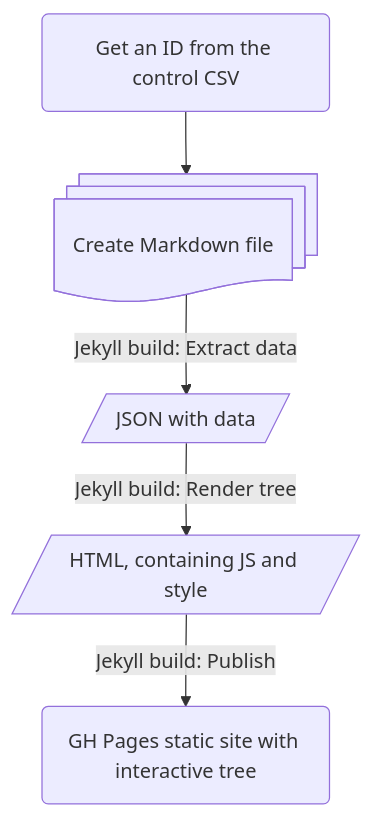
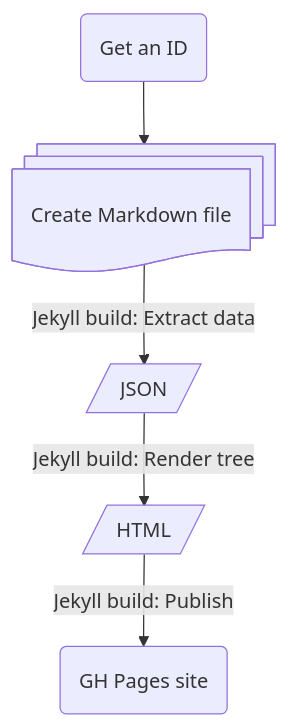
The diagram in index.md (AninditaBasu/roots-and-branches), drawn with Mermaid before and after one commit. The commit also changed other lines of this file and 3 other files, not shown here.

Commit message:
mermaid reverting style

````diff
--- a/index.md
+++ b/index.md
@@ -23,7 +23,7 @@
 ```mermaid
 flowchart TD
-    A(Get an ID from the control CSV) --> B@{ shape: docs, label: "Create Markdown file"}
-    B --> |Jekyll build: Extract data|C@{ shape: lean-r, label: "JSON with data"}
-    C --> |Jekyll build: Render tree| D@{ shape: lean-r, label: "HTML, containing JS and style"}
-    D --> |Jekyll build: Publish| E(GH Pages static site with interactive tree)
+    A(Get an ID) --> B@{ shape: docs, label: "Create Markdown file"}
+    B --> |Jekyll build: Extract data|C@{ shape: lean-r, label: "JSON"}
+    C --> |Jekyll build: Render tree| D@{ shape: lean-r, label: "HTML"}
+    D --> |Jekyll build: Publish| E(GH Pages site)
 ```
````
